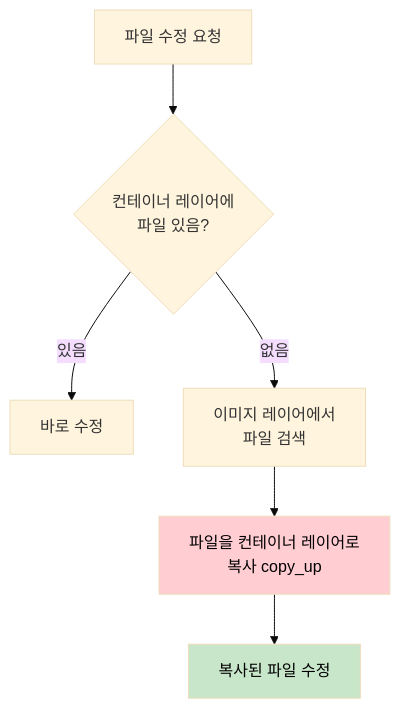
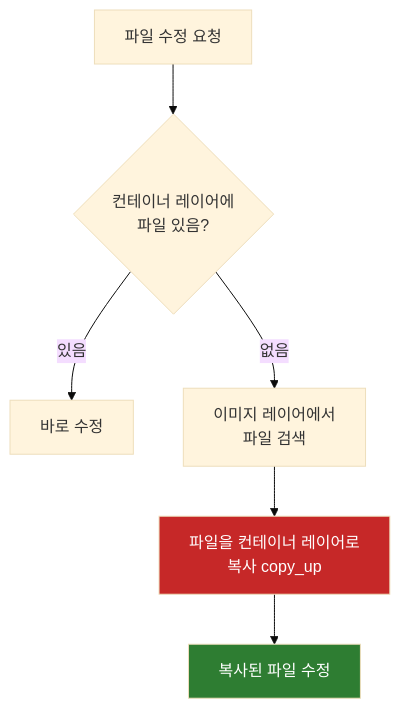
One commit to sskim91/TIL changed the fourth of 6 diagrams in docker/Docker의-Copy-on-Write-전략.md. Above: the diagram before and after it, drawn with Mermaid (base theme). The commit also changed other lines of this file and 2 other files, not shown here.

````diff
--- a/docker/Docker의-Copy-on-Write-전략.md
+++ b/docker/Docker의-Copy-on-Write-전략.md
@@ -121,11 +115,11 @@
 ```mermaid
 flowchart TD
     A[파일 수정 요청] --> B{컨테이너 레이어에<br/>파일 있음?}
     B -->|있음| C[바로 수정]
     B -->|없음| D[이미지 레이어에서<br/>파일 검색]
     D --> E[파일을 컨테이너 레이어로<br/>복사 copy_up]
     E --> F[복사된 파일 수정]
 
-    style E fill:#ffcdd2,color:#000
-    style F fill:#c8e6c9,color:#000
+    style E fill:#C62828,color:#fff
+    style F fill:#2E7D32,color:#fff
 ```
````
